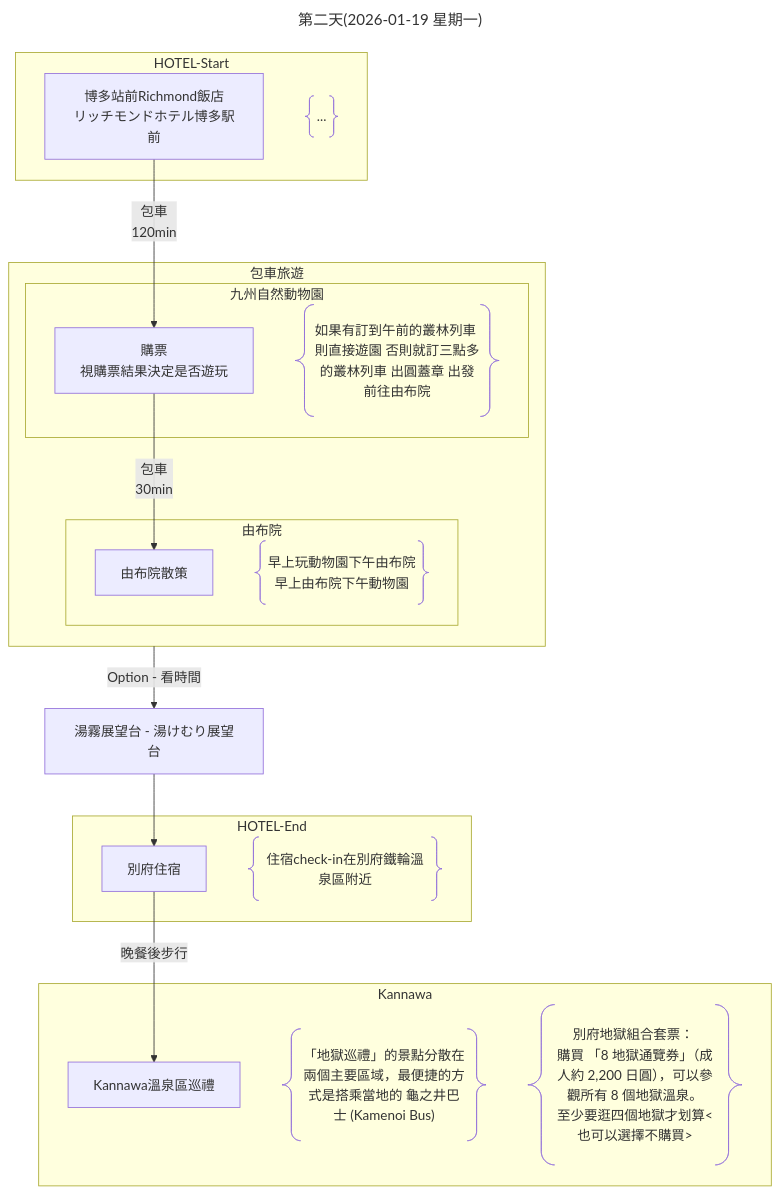
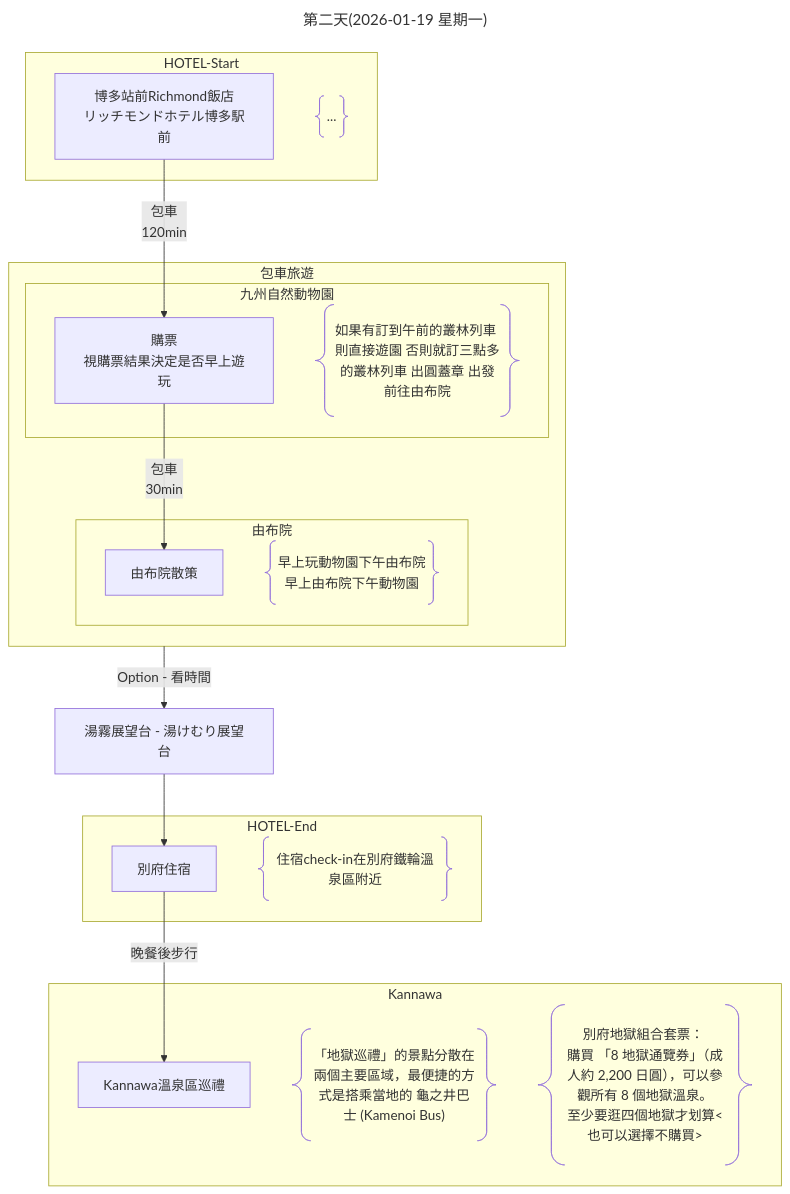
The second of 6 diagrams in 行程規劃A.md (Shuming-Yang/2026-January-Trip), drawn with Mermaid before and after one commit.

````diff
--- a/行程規劃A.md
+++ b/行程規劃A.md
@@ -79,35 +79,35 @@
 ```mermaid
 ---
 title: 第二天(2026-01-19 星期一)
 ---
 flowchart
     subgraph HOTEL-Start
         A[博多站前Richmond飯店<br>リッチモンドホテル博多駅前]
         A1@{ shape: braces, label: "..." }
     end
     subgraph 包車旅遊
         subgraph 九州自然動物園
-            B[購票<br>視購票結果決定是否遊玩]
+            B[購票<br>視購票結果決定是否早上遊玩]
             B1@{ shape: braces, label: "如果有訂到午前的叢林列車 則直接遊園 否則就訂三點多的叢林列車 出圓蓋章 出發前往由布院" }
         end
         subgraph 由布院
             C[由布院散策]
             C1@{ shape: braces, label: "早上玩動物園下午由布院<br>早上由布院下午動物園" }
         end
     end
     F[湯霧展望台 - 湯けむり展望台]
     subgraph HOTEL-End
         D[別府住宿]
         D1@{ shape: braces, label: "住宿check-in在別府鐵輪溫泉區附近" }
     end
     subgraph Kannawa
         E[Kannawa溫泉區巡禮]
         E1@{ shape: braces, label: "「地獄巡禮」的景點分散在兩個主要區域，最便捷的方式是搭乘當地的 龜之井巴士 (Kamenoi Bus)"}
         E2@{ shape: braces, label: "別府地獄組合套票： <br>購買 「8 地獄通覽券」（成人約 2,200 日圓），可以參觀所有 8 個地獄溫泉。<br>至少要逛四個地獄才划算<也可以選擇不購買>"}
     end
     A --> |包車<br>120min| B
     B --> |包車<br>30min| C
     包車旅遊 --> | Option - 看時間 | F
     F --> D
     D --> |晚餐後步行| E
 ```
````
